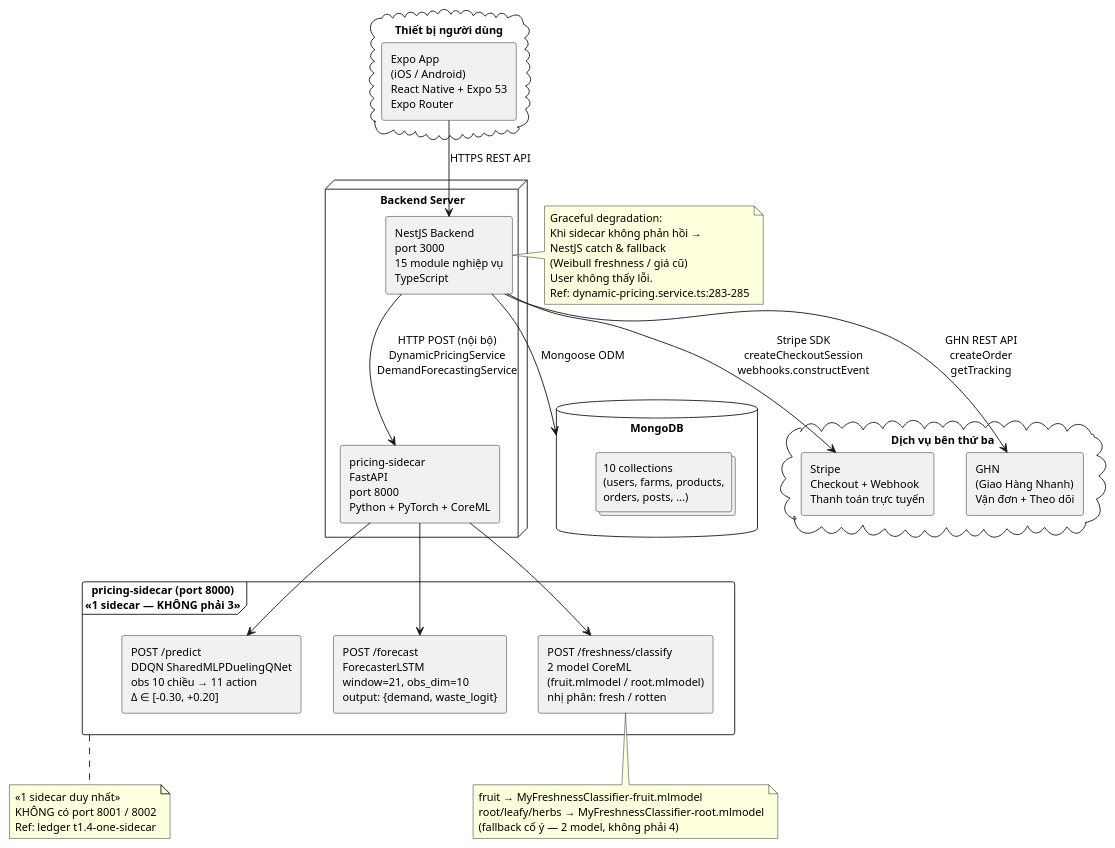
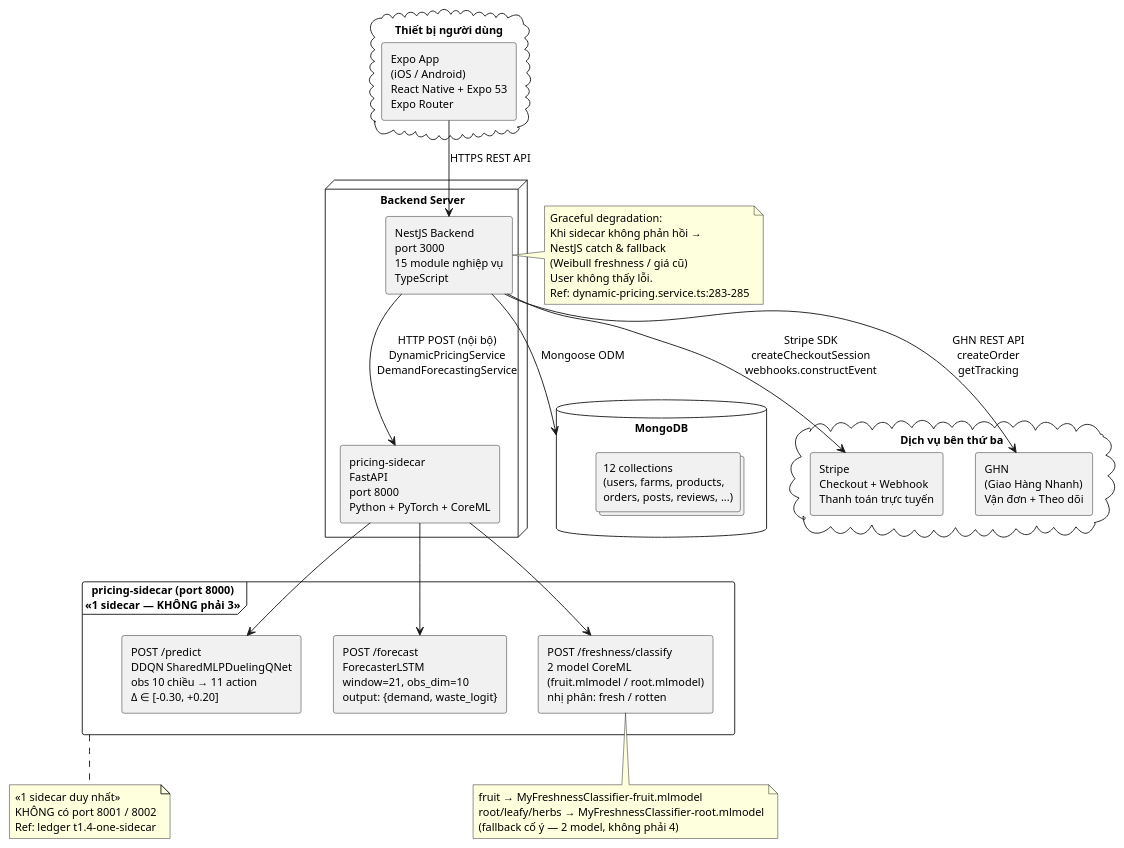
The diagram in docs/thesis/final/diagrams/deployment-architecture.puml (Nanhhhhhhh/f2t), drawn with PlantUML before and after one commit. The commit also changed 3 other files, not shown here.

Commit message:
fix(T3.18): V3 round-3 — Ch2+diagrams 12 collection; puml comments updated

```diff
--- a/docs/thesis/final/diagrams/deployment-architecture.puml
+++ b/docs/thesis/final/diagrams/deployment-architecture.puml
@@ -2,64 +2,64 @@
 @startuml deployment-architecture
 ' Kiến trúc triển khai F2T
 ' 1 sidecar duy nhất (pricing-sidecar, port 8000, 3 endpoint)
 ' Nguồn: f2t-backend/src/app.module.ts:57; pricing-sidecar/main.py; ledger t1.4-one-sidecar
 
 skinparam componentStyle rectangle
 skinparam defaultFontSize 12
 
 cloud "Thiết bị người dùng" {
   component "Expo App\n(iOS / Android)\nReact Native + Expo 53\nExpo Router" as mobileApp
 }
 
 node "Backend Server" {
   component "NestJS Backend\nport 3000\n15 module nghiệp vụ\nTypeScript" as nestjs
   component "pricing-sidecar\nFastAPI\nport 8000\nPython + PyTorch + CoreML" as sidecar
 }
 
 database "MongoDB" as mongodb {
-  collections "10 collections\n(users, farms, products,\norders, posts, ...)" as cols
+  collections "12 collections\n(users, farms, products,\norders, posts, reviews, ...)" as cols
 }
 
 cloud "Dịch vụ bên thứ ba" {
   component "Stripe\nCheckout + Webhook\nThanh toán trực tuyến" as stripe
   component "GHN\n(Giao Hàng Nhanh)\nVận đơn + Theo dõi" as ghn
 }
 
 frame "pricing-sidecar (port 8000)\n«1 sidecar — KHÔNG phải 3»" as sidecarFrame {
   component "POST /predict\nDDQN SharedMLPDuelingQNet\nobs 10 chiều → 11 action\nΔ ∈ [-0.30, +0.20]" as predictEp
   component "POST /forecast\nForecasterLSTM\nwindow=21, obs_dim=10\noutput: {demand, waste_logit}" as forecastEp
   component "POST /freshness/classify\n2 model CoreML\n(fruit.mlmodel / root.mlmodel)\nnhị phân: fresh / rotten" as freshnessEp
 }
 
 mobileApp --> nestjs : "HTTPS REST API"
 nestjs --> mongodb : "Mongoose ODM"
 nestjs --> sidecar : "HTTP POST (nội bộ)\nDynamicPricingService\nDemandForecastingService"
 nestjs --> stripe : "Stripe SDK\ncreateCheckoutSession\nwebhooks.constructEvent"
 nestjs --> ghn : "GHN REST API\ncreateOrder\ngetTracking"
 
 sidecar --> predictEp
 sidecar --> forecastEp
 sidecar --> freshnessEp
 
 note right of nestjs
   Graceful degradation:
   Khi sidecar không phản hồi →
   NestJS catch & fallback
   (Weibull freshness / giá cũ)
   User không thấy lỗi.
   Ref: dynamic-pricing.service.ts:283-285
 end note
 
 note bottom of sidecarFrame
   «1 sidecar duy nhất»
   KHÔNG có port 8001 / 8002
   Ref: ledger t1.4-one-sidecar
 end note
 
 note bottom of freshnessEp
   fruit → MyFreshnessClassifier-fruit.mlmodel
   root/leafy/herbs → MyFreshnessClassifier-root.mlmodel
   (fallback cố ý — 2 model, không phải 4)
 end note
 
 @enduml
```
